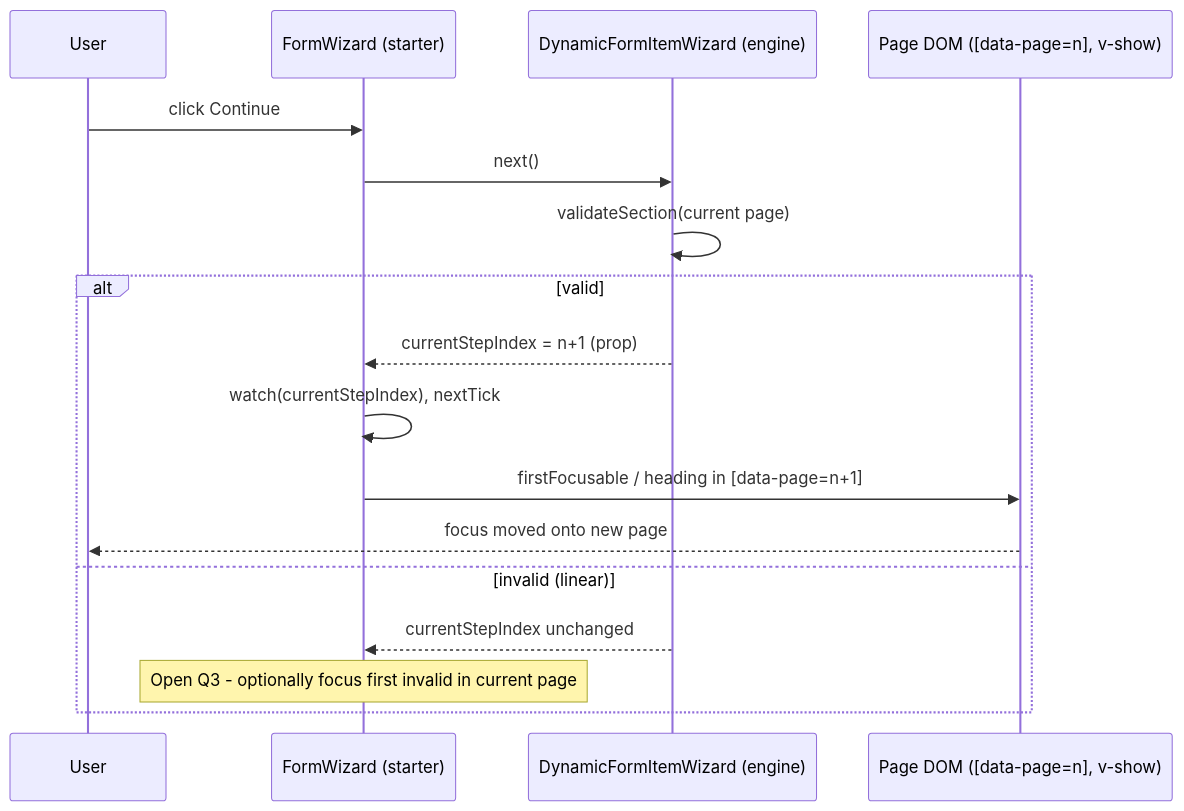
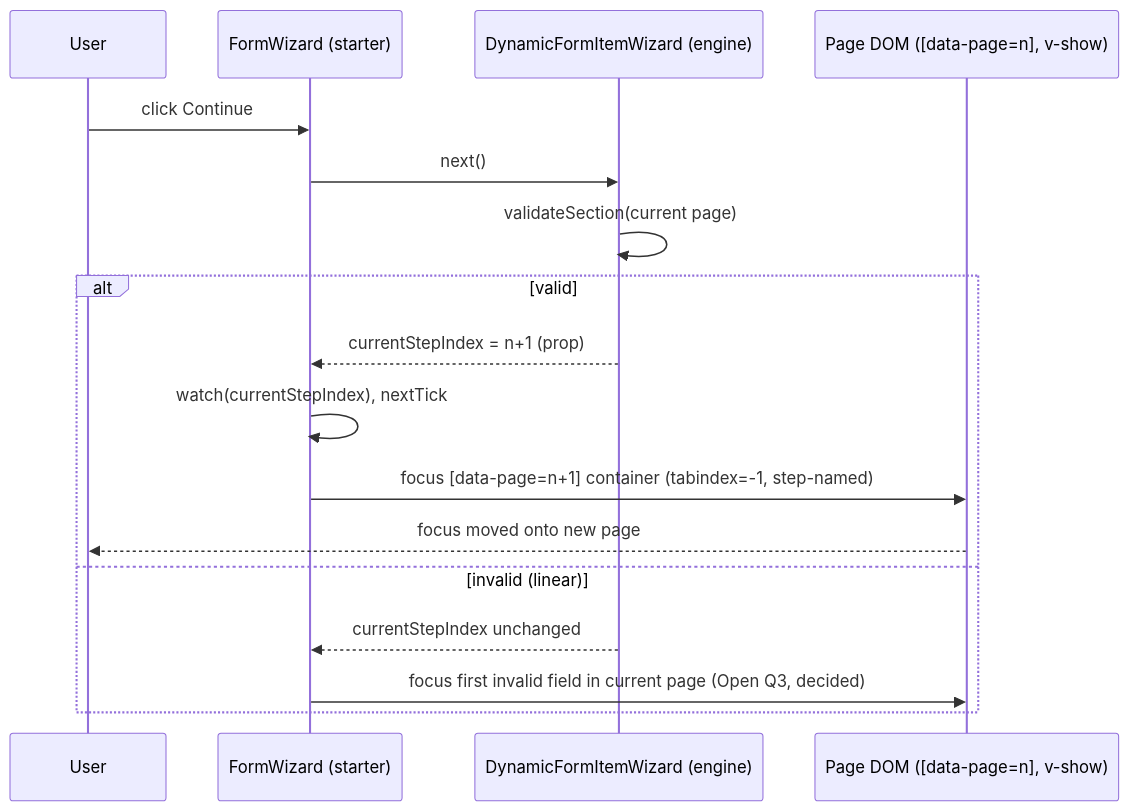
One commit to jeroenbach/vue-dynamic-form changed the diagram in specs/FEAT-011-starter-accessibility/spec.md. Above: the diagram before and after it, drawn with Mermaid. The commit also changed other lines of this file and 115 other files, not shown here.

````diff
--- a/specs/FEAT-011-starter-accessibility/spec.md
+++ b/specs/FEAT-011-starter-accessibility/spec.md
@@ -182,19 +184,19 @@
 ```mermaid
 sequenceDiagram
     participant U as User
     participant W as FormWizard (starter)
     participant E as DynamicFormItemWizard (engine)
     participant P as Page DOM ([data-page=n], v-show)
     U->>W: click Continue
     W->>E: next()
     E->>E: validateSection(current page)
     alt valid
         E-->>W: currentStepIndex = n+1 (prop)
         W->>W: watch(currentStepIndex), nextTick
-        W->>P: firstFocusable / heading in [data-page=n+1]
+        W->>P: focus [data-page=n+1] container (tabindex=-1, step-named)
         P-->>U: focus moved onto new page
     else invalid (linear)
         E-->>W: currentStepIndex unchanged
-        Note over W: Open Q3 - optionally focus first invalid in current page
+        W->>P: focus first invalid field in current page (Open Q3, decided)
     end
 ```
````
